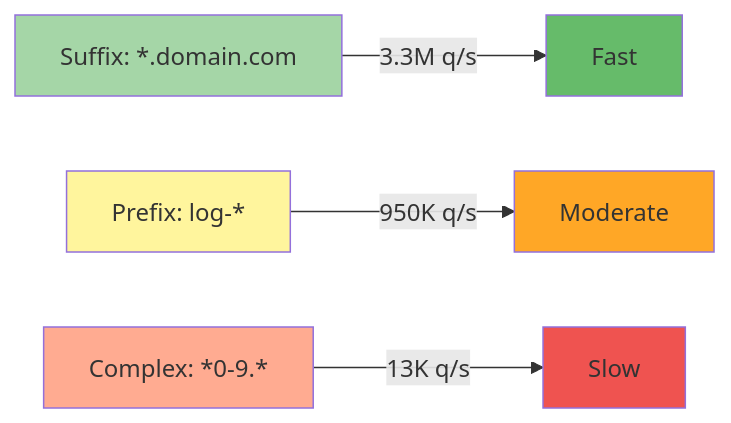
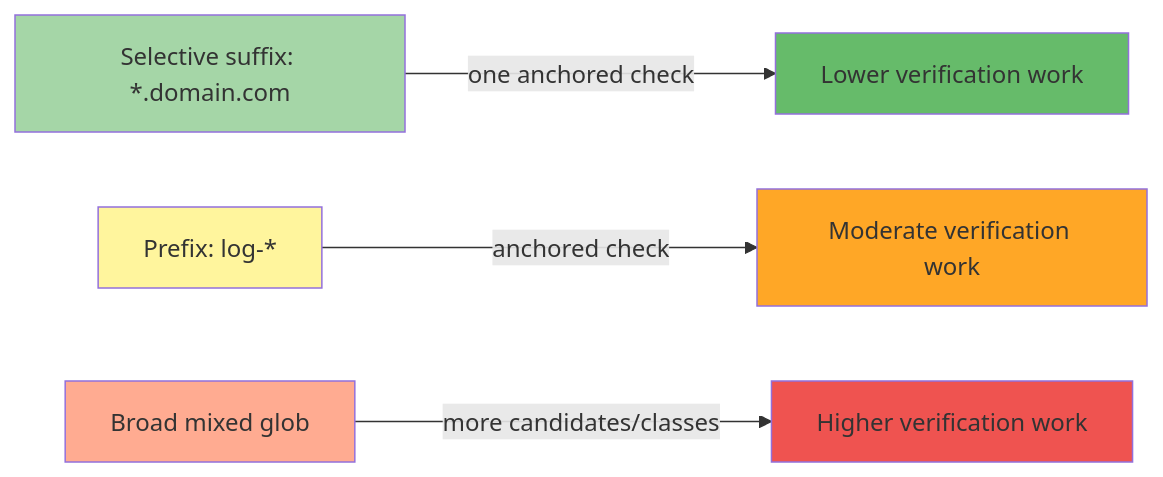
Before and after one commit to sethhall/matchy: the seventh of 7 diagrams in book/src/architecture/overview.md, drawn with Mermaid. The commit also changed other lines of this file and 96 other files, not shown here.

````diff
--- a/book/src/architecture/overview.md
+++ b/book/src/architecture/overview.md
@@ -270,13 +274,13 @@
 ```mermaid
 graph LR
-    A["Suffix: *.domain.com"] -->|"3.3M q/s"| B[Fast]
-    C["Prefix: log-*"] -->|"950K q/s"| D[Moderate]
-    E["Complex: *0-9.*"] -->|"13K q/s"| F[Slow]
+    A["Selective suffix: *.domain.com"] -->|"one anchored check"| B[Lower verification work]
+    C["Prefix: log-*"] -->|"anchored check"| D[Moderate verification work]
+    E["Broad mixed glob"] -->|"more candidates/classes"| F[Higher verification work]
     
     style A fill:#a5d6a7
     style B fill:#66bb6a
     style C fill:#fff59d
     style D fill:#ffa726
     style E fill:#ffab91
     style F fill:#ef5350
 ```
````
